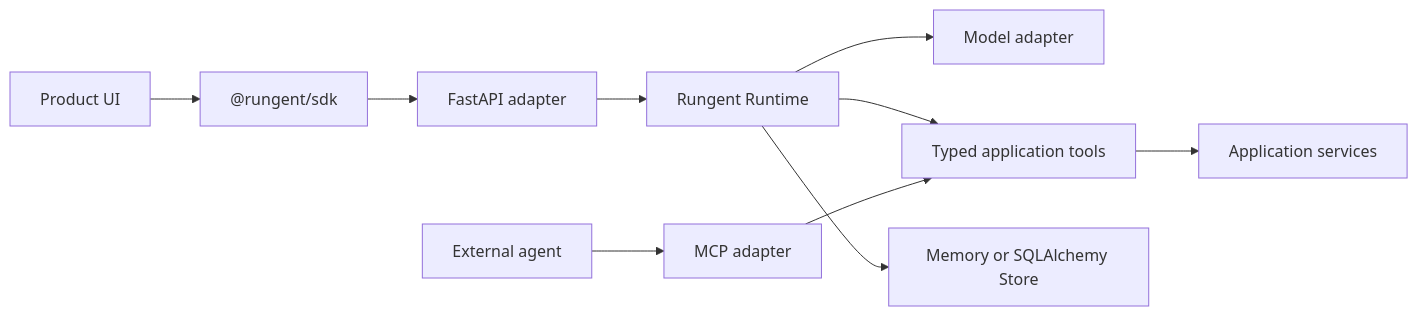
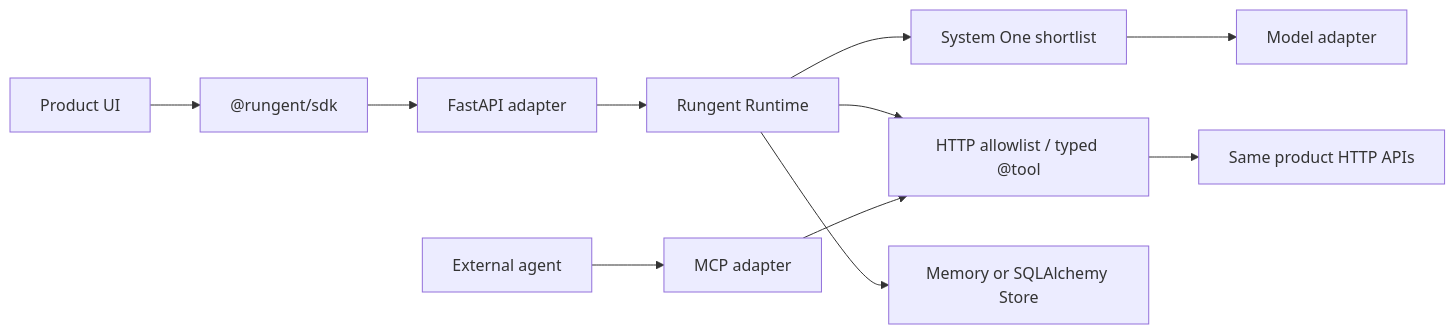
Before and after one commit to rungent/rungent: the first of 2 diagrams in docs/architecture.mdx, drawn with Mermaid. The commit also changed other lines of this file and 3 other files, not shown here.

First line of the commit message:
Document System One and OpenAPI HTTP host path.

````diff
--- a/docs/architecture.mdx
+++ b/docs/architecture.mdx
@@ -12,12 +12,13 @@
 ```mermaid
 flowchart LR
   UI["Product UI"] --> SDK["@rungent/sdk"]
   SDK --> HTTP["FastAPI adapter"]
   HTTP --> Runtime["Rungent Runtime"]
-  Runtime --> Model["Model adapter"]
-  Runtime --> Tools["Typed application tools"]
+  Runtime --> S1["System One shortlist"]
+  S1 --> Model["Model adapter"]
+  Runtime --> Tools["HTTP allowlist / typed @tool"]
   Runtime --> Store["Memory or SQLAlchemy Store"]
-  Tools --> Domain["Application services"]
+  Tools --> API["Same product HTTP APIs"]
   Ext["External agent"] --> MCP["MCP adapter"]
   MCP --> Tools
 ```
````
